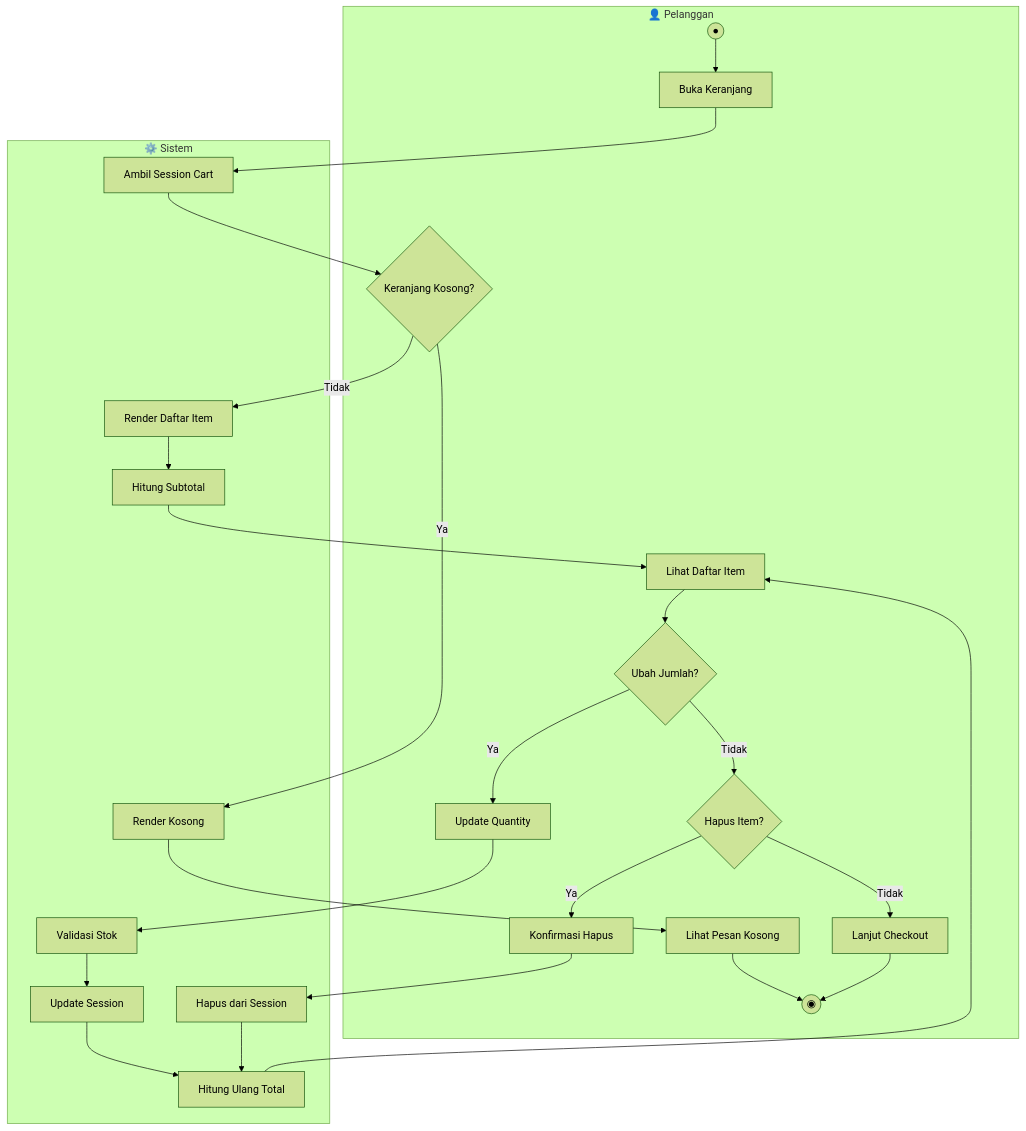
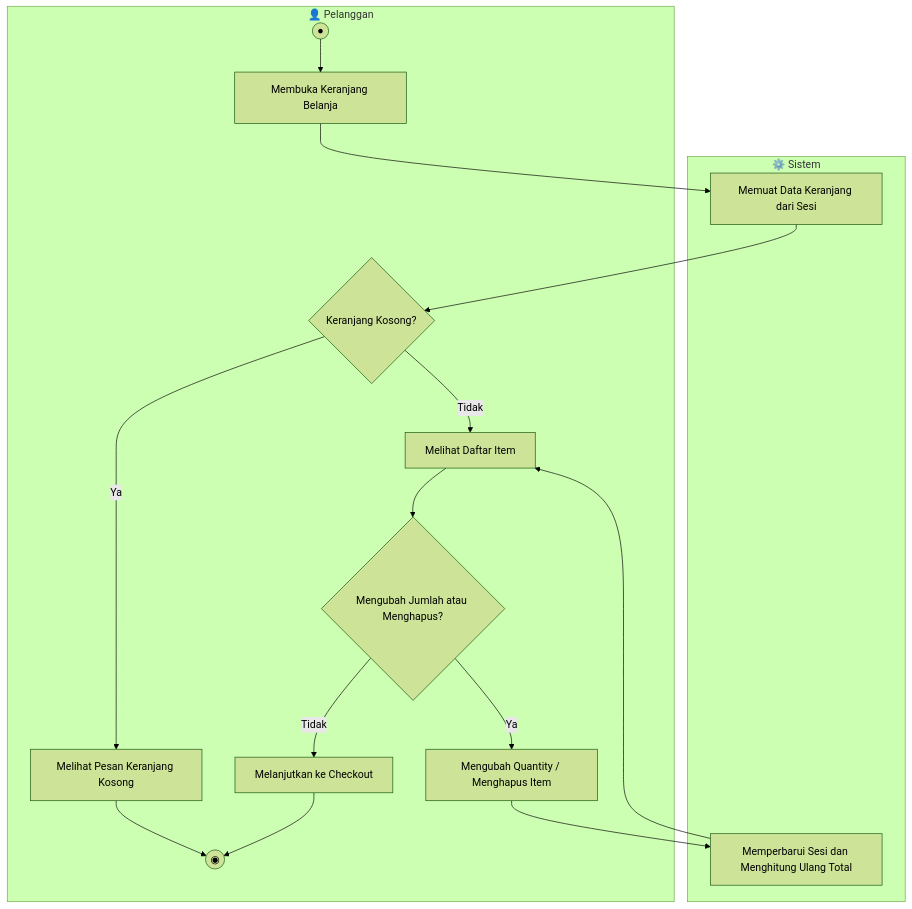
Before and after one commit to mustarisyahding07-spec/WEBSITE_SKRIPSI_MUSTARI: the fourth of 17 diagrams in docs/ACTIVITY_DIAGRAMS.md, drawn with Mermaid (forest theme). The commit also changed other lines of this file, not shown here.

Commit message:
docs: simplify activity diagrams and add academic explanations

````diff
--- a/docs/ACTIVITY_DIAGRAMS.md
+++ b/docs/ACTIVITY_DIAGRAMS.md
@@ -212,49 +172,32 @@
 ```mermaid
 flowchart TD
     subgraph Pelanggan["👤 Pelanggan"]
         P1((●))
-        P2[Buka Keranjang]
+        P2[Membuka Keranjang Belanja]
         P3{Keranjang Kosong?}
-        P4[Lihat Pesan Kosong]
-        P5[Lihat Daftar Item]
-        P6{Ubah Jumlah?}
-        P7[Update Quantity]
-        P8{Hapus Item?}
-        P9[Konfirmasi Hapus]
-        P10[Lanjut Checkout]
-        P11((◉))
+        P4[Melihat Pesan Keranjang Kosong]
+        P5[Melihat Daftar Item]
+        P6{Mengubah Jumlah atau Menghapus?}
+        P7[Mengubah Quantity / Menghapus Item]
+        P8[Melanjutkan ke Checkout]
+        P9((◉))
     end
-    
+
     subgraph Sistem["⚙️ Sistem"]
-        S1[Ambil Session Cart]
-        S2[Render Kosong]
-        S3[Render Daftar Item]
-        S4[Hitung Subtotal]
-        S5[Validasi Stok]
-        S6[Update Session]
-        S7[Hapus dari Session]
-        S8[Hitung Ulang Total]
+        S1[Memuat Data Keranjang dari Sesi]
+        S2[Memperbarui Sesi dan Menghitung Ulang Total]
     end
-    
+
     P1 --> P2
     P2 --> S1
     S1 --> P3
-    P3 -->|Ya| S2
-    S2 --> P4
-    P4 --> P11
-    P3 -->|Tidak| S3
-    S3 --> S4
-    S4 --> P5
+    P3 -->|Ya| P4
+    P4 --> P9
+    P3 -->|Tidak| P5
     P5 --> P6
     P6 -->|Ya| P7
-    P7 --> S5
-    S5 --> S6
-    S6 --> S8
-    S8 --> P5
+    P7 --> S2
+    S2 --> P5
     P6 -->|Tidak| P8
-    P8 -->|Ya| P9
-    P9 --> S7
-    S7 --> S8
-    P8 -->|Tidak| P10
-    P10 --> P11
+    P8 --> P9
 ```
````
